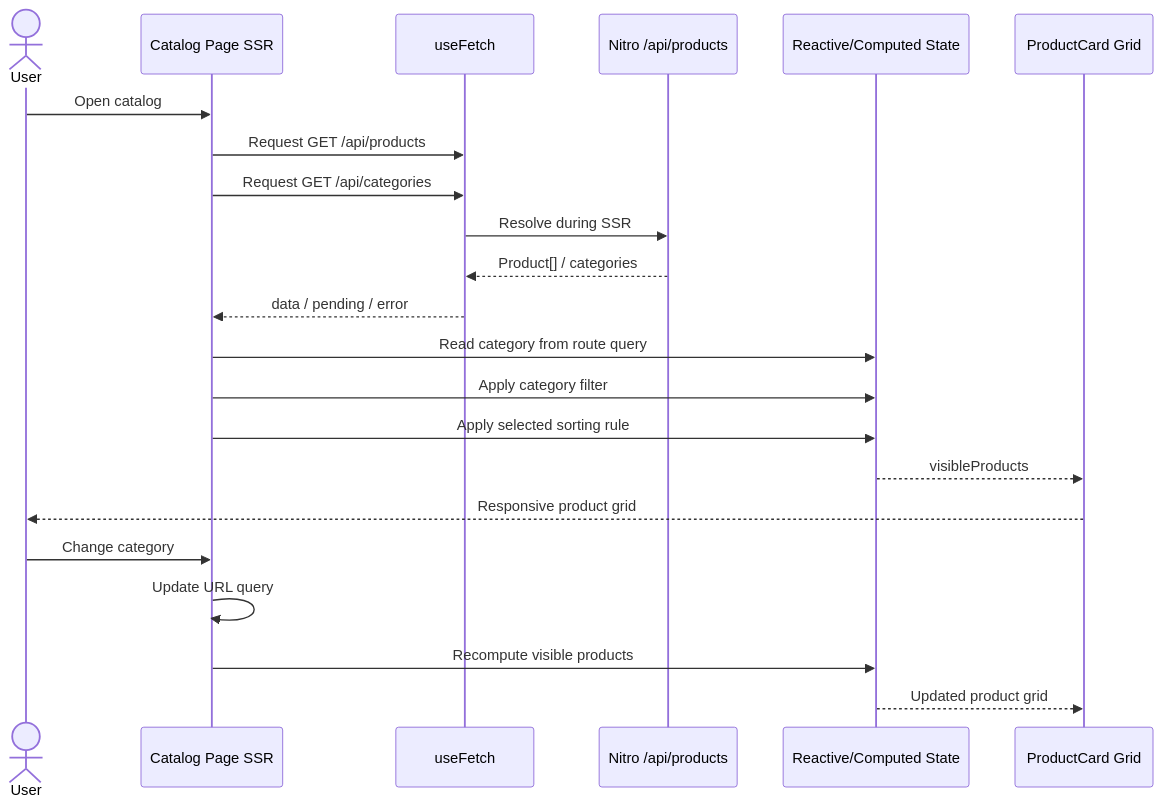
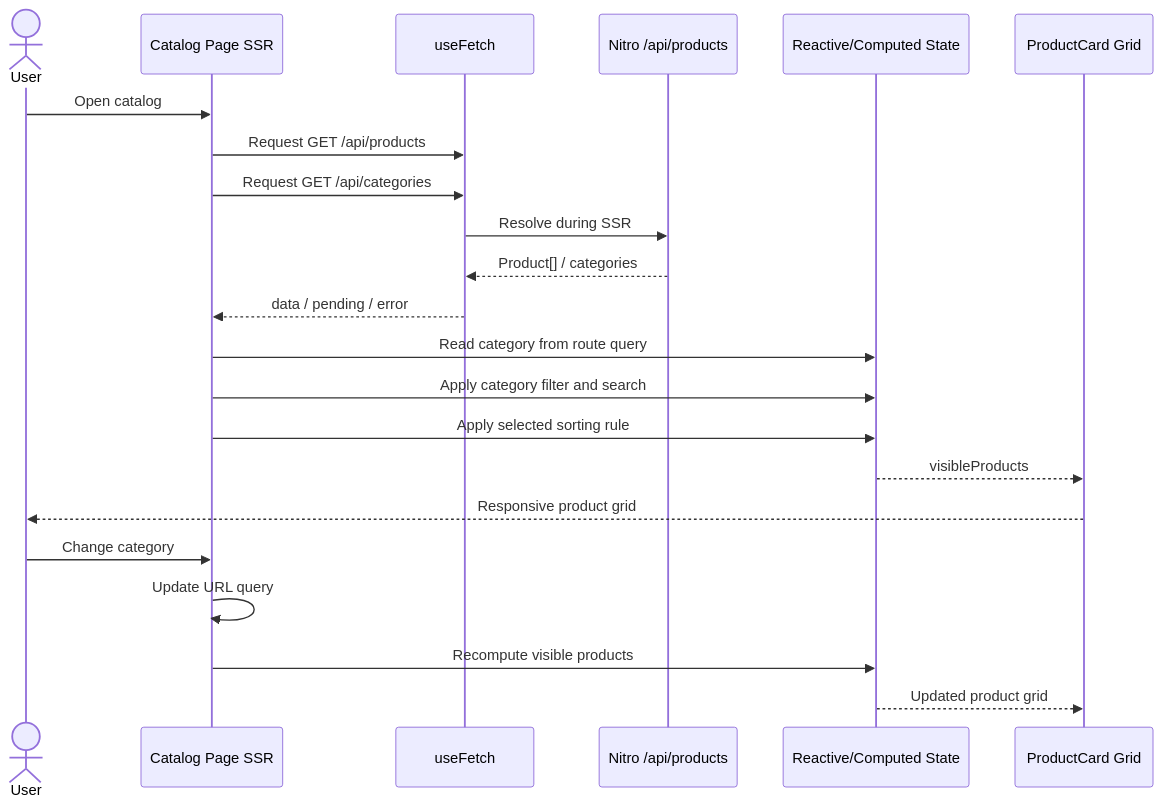
One commit to mohetios/nuxt-commerce-demo changed the second of 5 diagrams in README.md. Above: the diagram before and after it, drawn with Mermaid. The commit also changed other lines of this file, not shown here.

````diff
--- a/README.md
+++ b/README.md
@@ -177,27 +192,27 @@
 ```mermaid
 sequenceDiagram
     actor User
     participant Page as Catalog Page SSR
     participant Nuxt as useFetch
     participant API as Nitro /api/products
     participant State as Reactive/Computed State
     participant UI as ProductCard Grid
 
     User->>Page: Open catalog
     Page->>Nuxt: Request GET /api/products
     Page->>Nuxt: Request GET /api/categories
     Nuxt->>API: Resolve during SSR
     API-->>Nuxt: Product[] / categories
     Nuxt-->>Page: data / pending / error
 
     Page->>State: Read category from route query
-    Page->>State: Apply category filter
+    Page->>State: Apply category filter and search
     Page->>State: Apply selected sorting rule
     State-->>UI: visibleProducts
     UI-->>User: Responsive product grid
 
     User->>Page: Change category
     Page->>Page: Update URL query
     Page->>State: Recompute visible products
     State-->>UI: Updated product grid
 ```
````
